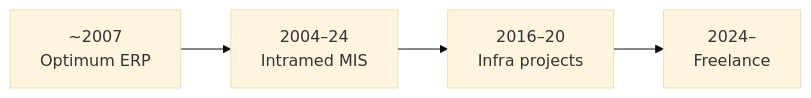
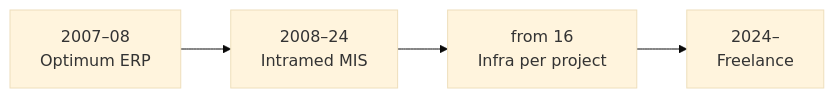
One commit to boralekc/cv changed the diagram in en/README.md. Above: the diagram before and after it, drawn with Mermaid (base theme). The commit also changed other lines of this file and 19 other files, not shown here.

````diff
--- a/en/README.md
+++ b/en/README.md
@@ -19,6 +19,6 @@
 ```mermaid
 flowchart LR
-    A["~2007<br/>Optimum ERP"] --> B["2004–24<br/>Intramed MIS"]
-    B --> C["2016–20<br/>Infra projects"]
+    A["2007–08<br/>Optimum ERP"] --> B["2008–24<br/>Intramed MIS"]
+    B --> C["from 16<br/>Infra per project"]
     C --> D["2024–<br/>Freelance"]
 ```
````
